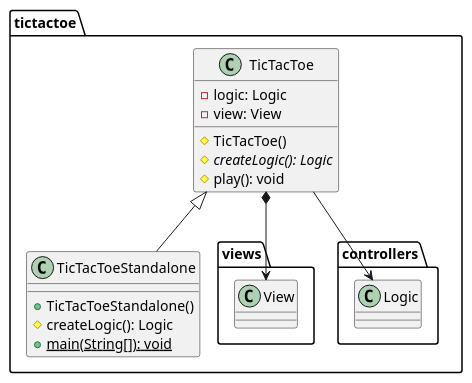
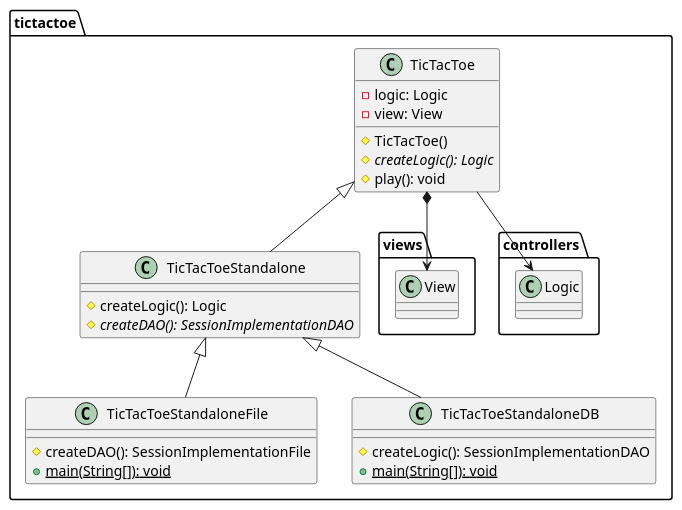
The second of 6 diagrams in docs/src/docs/asciidoc/index.adoc (x-USantaTecla-game-ticTacToe/java), drawn with PlantUML before and after one commit. The commit also changed other lines of this file and 61 other files, not shown here.

```diff
--- a/docs/src/docs/asciidoc/index.adoc
+++ b/docs/src/docs/asciidoc/index.adoc
@@ -110,21 +120,32 @@
-[plantuml,tictactoeVersion12,svg]
+[plantuml,tictactoeVersion13,svg]
 ....
 
 class  tictactoe.TicTacToe{
 - logic: Logic
 - view: View
 # TicTacToe()
 # {abstract} createLogic(): Logic
 # play(): void
 }
 tictactoe.TicTacToe *-down-> tictactoe.views.View
 tictactoe.TicTacToe --> tictactoe.controllers.Logic
 
 class  tictactoe.TicTacToeStandalone{
-+ TicTacToeStandalone()
 # createLogic(): Logic
-+ {static} main(String[]): void
+# {abstract} createDAO(): SessionImplementationDAO
 }
 tictactoe.TicTacToe <|-down- tictactoe.TicTacToeStandalone
 
+class  tictactoe.TicTacToeStandaloneFile{
+# createDAO(): SessionImplementationFile
++ {static} main(String[]): void
+}
+tictactoe.TicTacToeStandalone <|-down- tictactoe.TicTacToeStandaloneFile
+
+class  tictactoe.TicTacToeStandaloneDB{
+# createLogic(): SessionImplementationDAO
++ {static} main(String[]): void
+}
+tictactoe.TicTacToeStandalone <|-down- tictactoe.TicTacToeStandaloneDB
+
 ....
```
